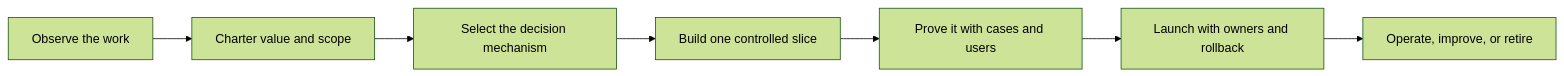
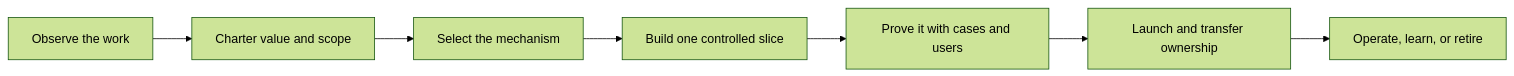
The diagram in README.md (davidahmann/fde-guide), drawn with Mermaid (forest theme) before and after one commit. The commit also changed other lines of this file and 11 other files, not shown here.

````diff
--- a/README.md
+++ b/README.md
@@ -56,9 +73,9 @@
 ```mermaid
 flowchart LR
     A["Observe the work"] --> B["Charter value and scope"]
-    B --> C["Select the decision mechanism"]
+    B --> C["Select the mechanism"]
     C --> D["Build one controlled slice"]
     D --> E["Prove it with cases and users"]
-    E --> F["Launch with owners and rollback"]
-    F --> G["Operate, improve, or retire"]
+    E --> F["Launch and transfer ownership"]
+    F --> G["Operate, learn, or retire"]
 ```
````
